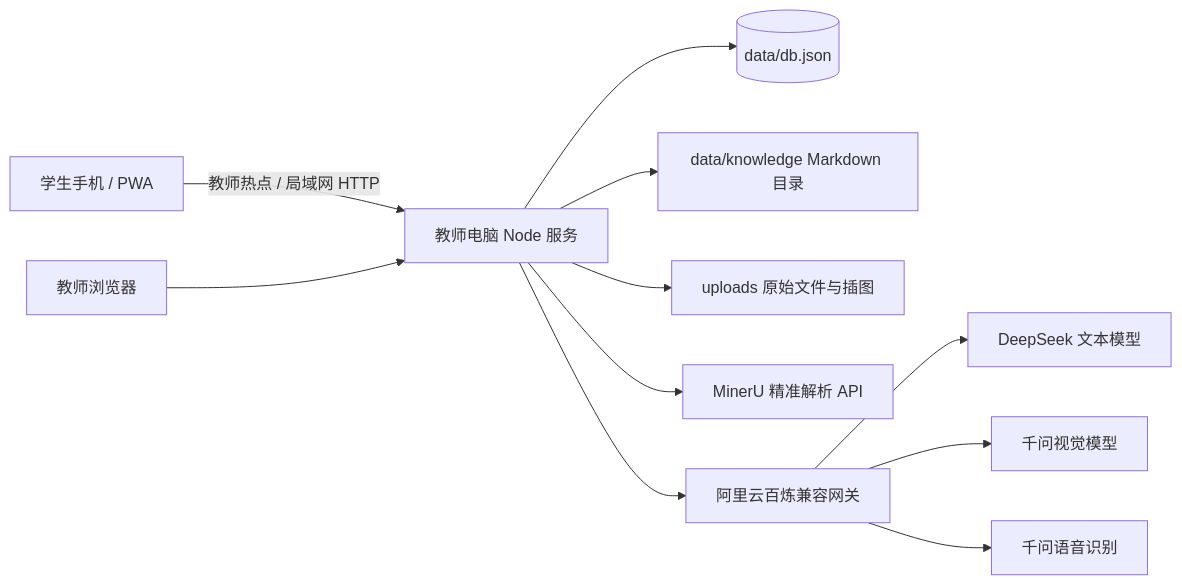
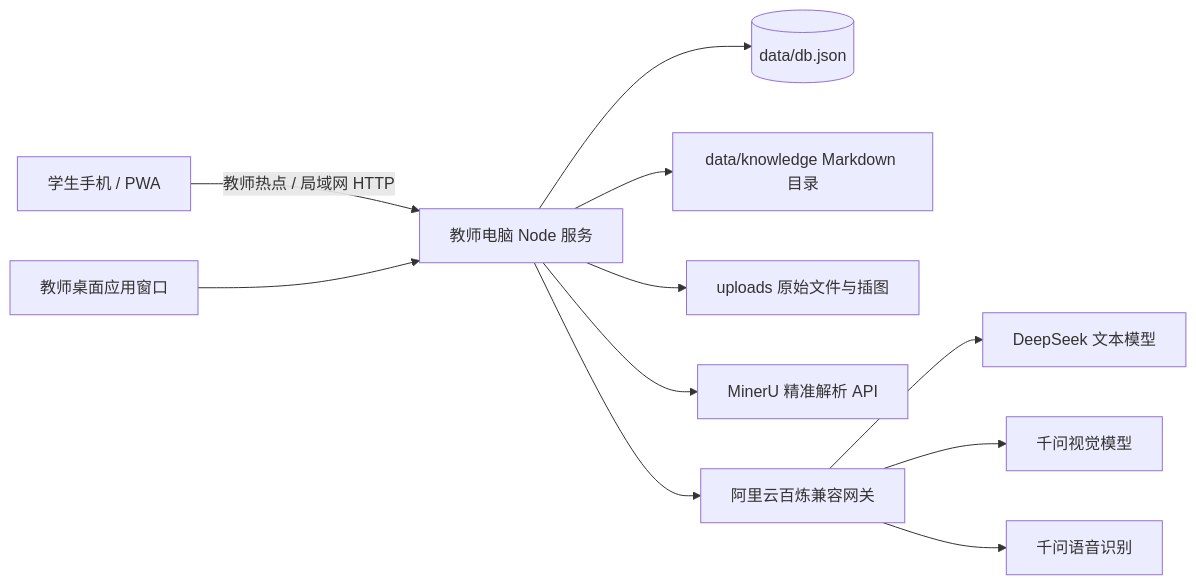
The diagram in README.md (farlater/zhixing-ai-teaching-assistant), drawn with Mermaid before and after one commit. The commit also changed other lines of this file and 23 other files, not shown here.

````diff
--- a/README.md
+++ b/README.md
@@ -29,13 +29,13 @@
 ```mermaid
 flowchart LR
     S[学生手机 / PWA] -->|教师热点 / 局域网 HTTP| T[教师电脑 Node 服务]
-    W[教师浏览器] --> T
+    W[教师桌面应用窗口] --> T
     T --> D[(data/db.json)]
     T --> K[data/knowledge Markdown 目录]
     T --> F[uploads 原始文件与插图]
     T --> M[MinerU 精准解析 API]
     T --> B[阿里云百炼兼容网关]
     B --> DS[DeepSeek 文本模型]
     B --> VL[千问视觉模型]
     B --> ASR[千问语音识别]
 ```
````
